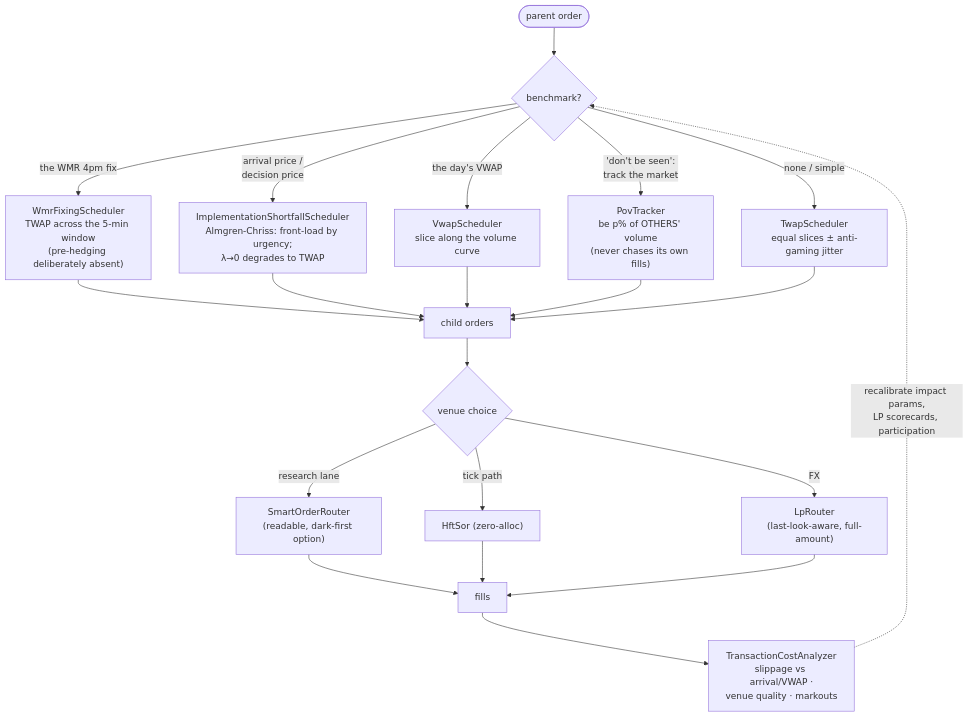
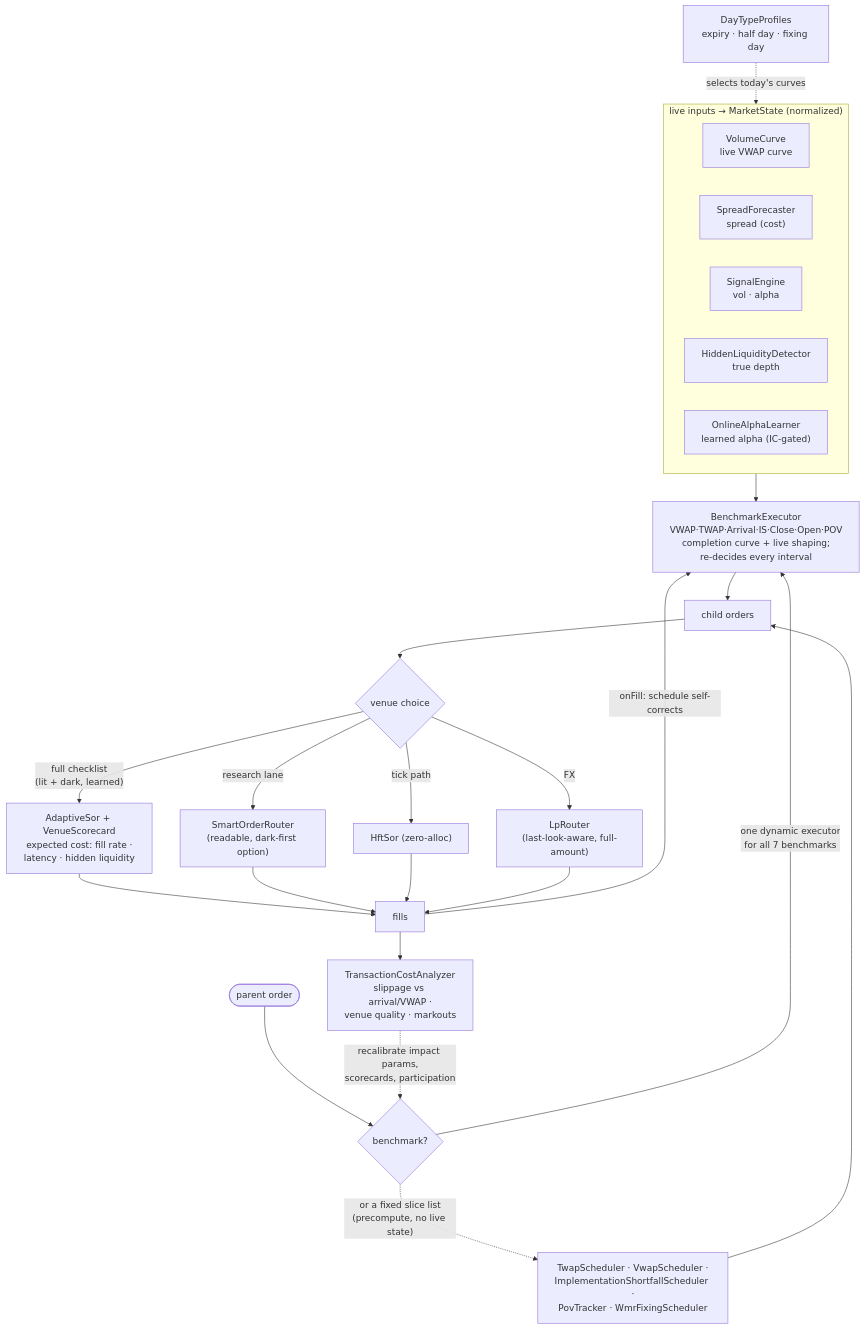
Before and after one commit to AshJha0/Quant-Finance-Library: the tenth of 12 diagrams in docs/DIAGRAMS.md, drawn with Mermaid. The commit also changed other lines of this file and 42 other files, not shown here.

````diff
--- a/docs/DIAGRAMS.md
+++ b/docs/DIAGRAMS.md
@@ -303,18 +303,27 @@
 ```mermaid
 flowchart TD
     PARENT(["parent order"]) --> Q{"benchmark?"}
-    Q -->|"the WMR 4pm fix"| WMR["WmrFixingScheduler<br/>TWAP across the 5-min window<br/>(pre-hedging deliberately absent)"]
-    Q -->|"arrival price /<br/>decision price"| IS["ImplementationShortfallScheduler<br/>Almgren-Chriss: front-load by urgency;<br/>λ→0 degrades to TWAP"]
-    Q -->|"the day's VWAP"| VWAP["VwapScheduler<br/>slice along the volume curve"]
-    Q -->|"'don't be seen':<br/>track the market"| POV["PovTracker<br/>be p% of OTHERS' volume<br/>(never chases its own fills)"]
-    Q -->|"none / simple"| TWAP["TwapScheduler<br/>equal slices ± anti-gaming jitter"]
+    Q -->|"one dynamic executor<br/>for all 7 benchmarks"| BE["BenchmarkExecutor<br/>VWAP·TWAP·Arrival·IS·Close·Open·POV<br/>completion curve + live shaping;<br/>re-decides every interval"]
+    Q -.->|"or a fixed slice list<br/>(precompute, no live state)"| STATIC["TwapScheduler · VwapScheduler ·<br/>ImplementationShortfallScheduler ·<br/>PovTracker · WmrFixingScheduler"]
 
-    WMR & IS & VWAP & POV & TWAP --> CHILD["child orders"]
+    subgraph MODELS["live inputs → MarketState (normalized)"]
+        VC["VolumeCurve<br/>live VWAP curve"]
+        SF["SpreadForecaster<br/>spread (cost)"]
+        SE["SignalEngine<br/>vol · alpha"]
+        HLD["HiddenLiquidityDetector<br/>true depth"]
+        OAL["OnlineAlphaLearner<br/>learned alpha (IC-gated)"]
+    end
+    DTP["DayTypeProfiles<br/>expiry · half day · fixing day"] -.->|"selects today's curves"| MODELS
+    MODELS --> BE
+
+    BE & STATIC --> CHILD["child orders"]
     CHILD --> WHERE{"venue choice"}
+    WHERE -->|"full checklist<br/>(lit + dark, learned)"| ASOR["AdaptiveSor + VenueScorecard<br/>expected cost: fill rate ·<br/>latency · hidden liquidity"]
     WHERE -->|research lane| SOR10["SmartOrderRouter<br/>(readable, dark-first option)"]
     WHERE -->|tick path| HSOR["HftSor (zero-alloc)"]
     WHERE -->|FX| LPR["LpRouter<br/>(last-look-aware, full-amount)"]
-    SOR10 & HSOR & LPR --> FILLS["fills"]
+    ASOR & SOR10 & HSOR & LPR --> FILLS["fills"]
+    FILLS -->|"onFill: schedule self-corrects"| BE
     FILLS --> TCA["TransactionCostAnalyzer<br/>slippage vs arrival/VWAP ·<br/>venue quality · markouts"]
-    TCA -.->|"recalibrate impact params,<br/>LP scorecards, participation"| Q
+    TCA -.->|"recalibrate impact params,<br/>scorecards, participation"| Q
 ```
````
